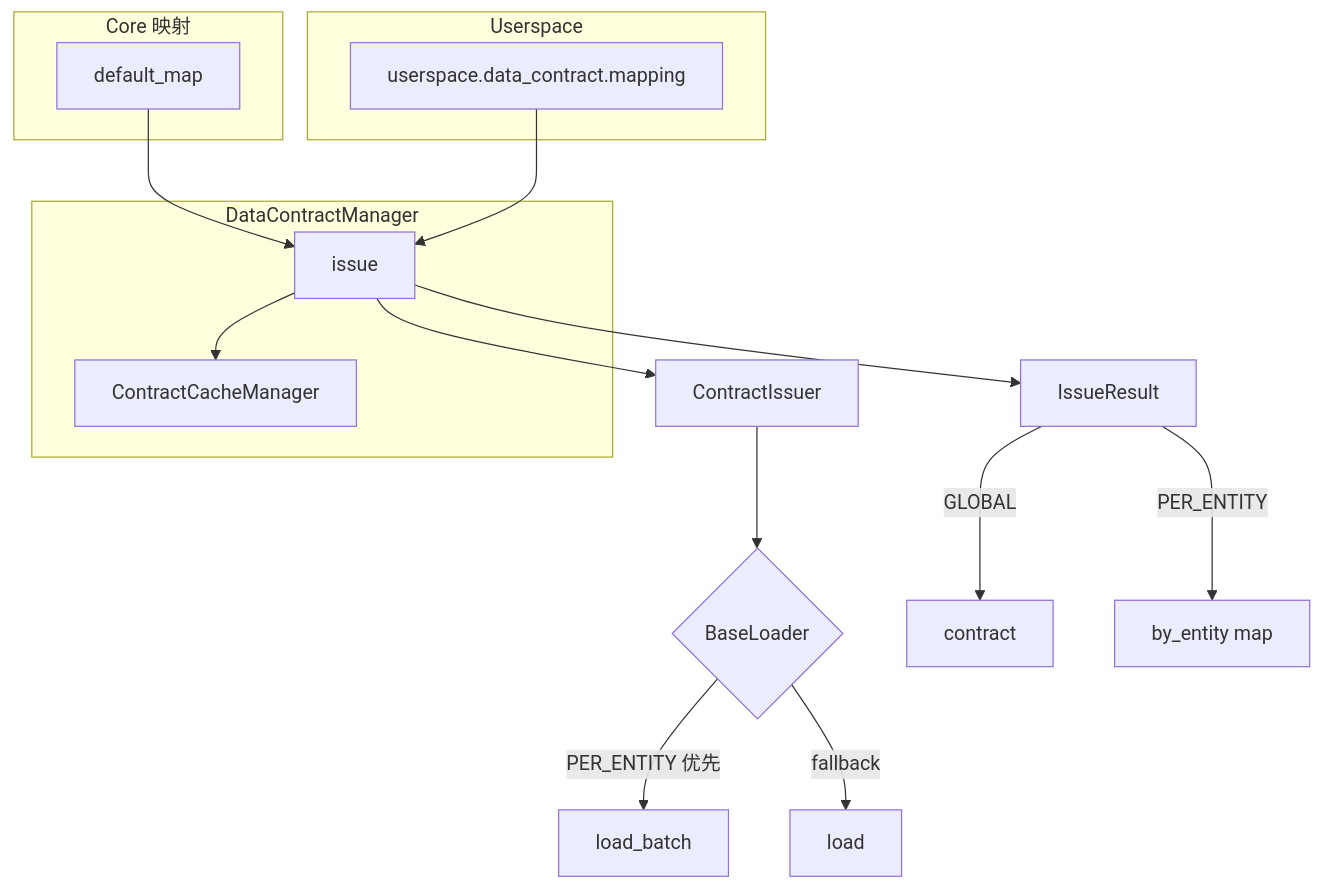
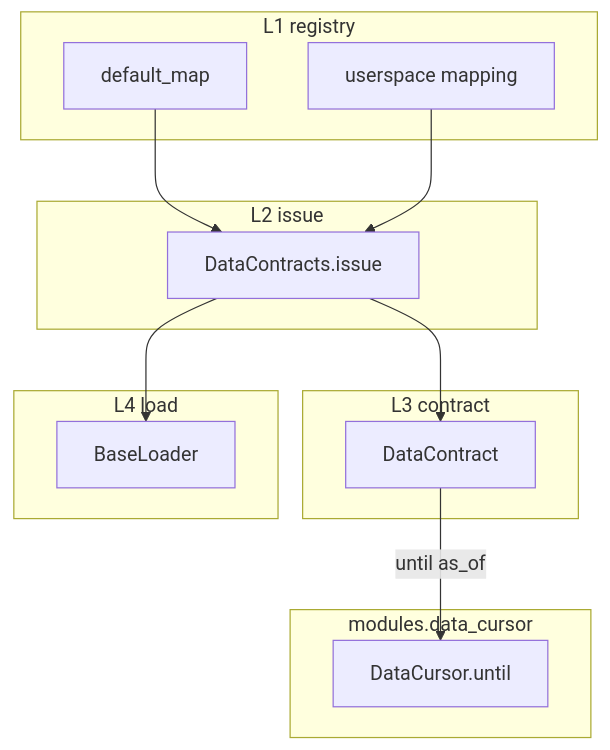
The diagram in core/modules/data_contract/docs/ARCHITECTURE.md (garnet1985/new-tea-quant), drawn with Mermaid before and after one commit. The commit also changed other lines of this file and 130 other files, not shown here.

Commit message:
fixed data contract APIs

````diff
--- a/core/modules/data_contract/docs/ARCHITECTURE.md
+++ b/core/modules/data_contract/docs/ARCHITECTURE.md
@@ -58,23 +45,24 @@
 ```mermaid
 flowchart TB
-  subgraph core [Core 映射]
+  subgraph L1 [L1 registry]
     M[default_map]
+    U[userspace mapping]
   end
-  subgraph user [Userspace]
-    U[userspace.data_contract.mapping]
+  subgraph L2 [L2 issue]
+    F[DataContracts.issue]
   end
-  subgraph dcm [DataContractManager]
-    I[issue]
-    C[ContractCacheManager]
+  subgraph L3 [L3 contract]
+    DC[DataContract]
   end
-  M --> I
-  U --> I
-  I --> C
-  I --> Issuer[ContractIssuer]
-  Issuer --> L{BaseLoader}
-  L -->|PER_ENTITY 优先| LB[load_batch]
-  L -->|fallback| LS[load]
-  I --> IR[IssueResult]
-  IR -->|GLOBAL| SC[contract]
-  IR -->|PER_ENTITY| BE[by_entity map]
+  subgraph L4 [L4 load]
+    L[BaseLoader]
+  end
+  subgraph DCUR [modules.data_cursor]
+    CUR[DataCursor.until]
+  end
+  M --> F
+  U --> F
+  F --> L
+  F --> DC
+  DC -->|until as_of| CUR
 ```
````
